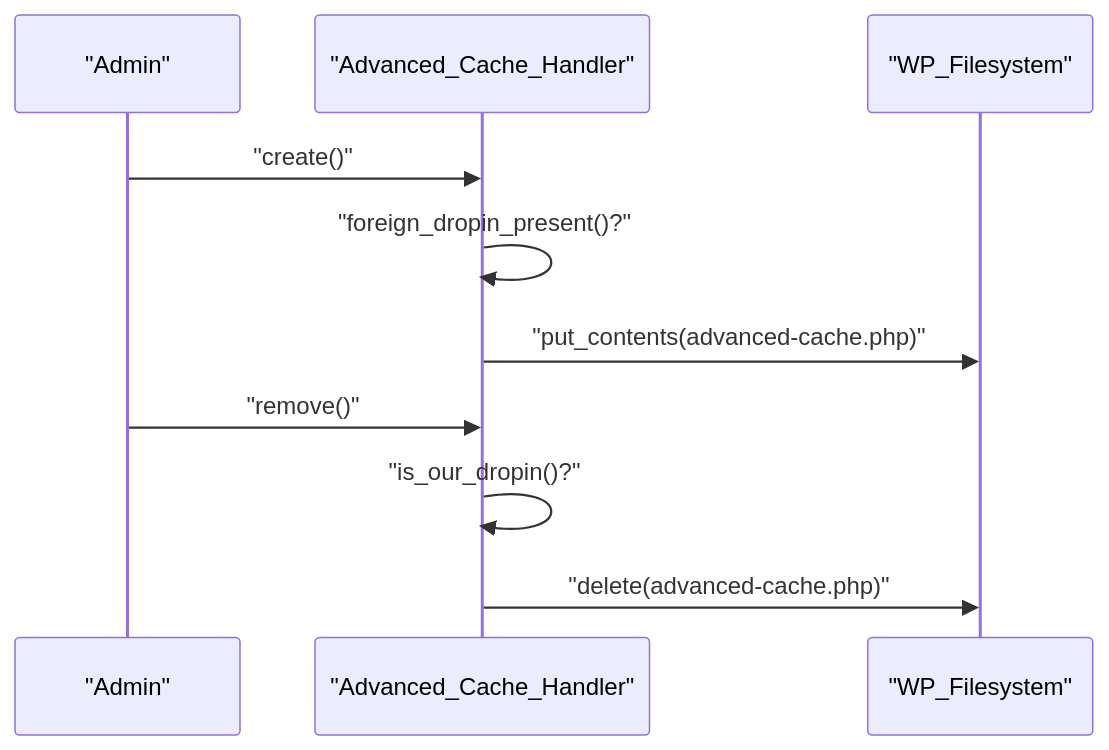
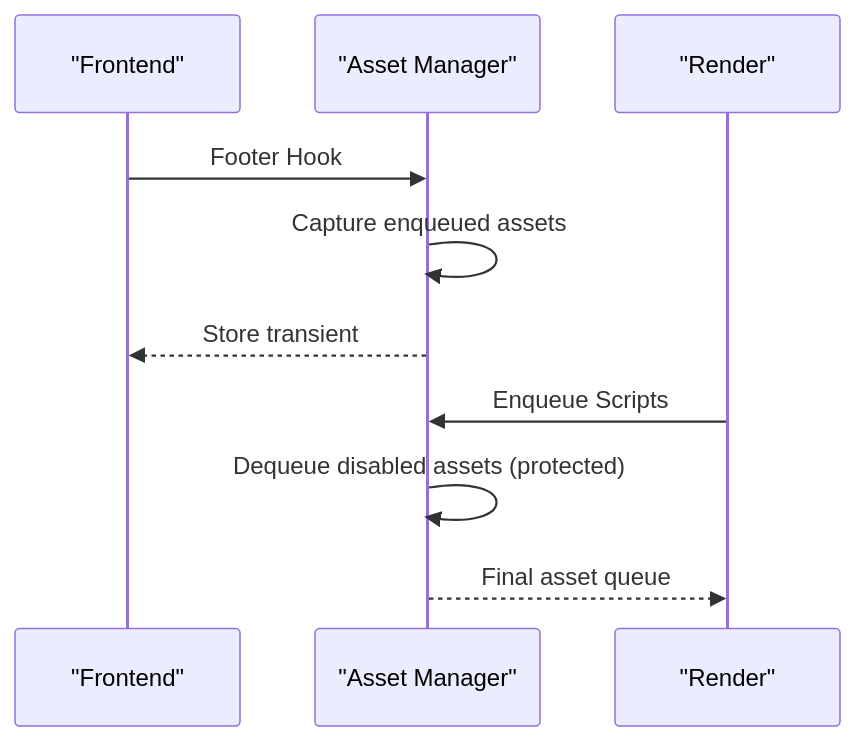
The ninth of 10 diagrams in .qoder/repowiki/en/content/Troubleshooting & Support.md (nilesh32236/performance-optimisation), drawn with Mermaid before and after one commit. The commit also changed other lines of this file and 46 other files, not shown here.

````diff
--- a/.qoder/repowiki/en/content/Troubleshooting & Support.md
+++ b/.qoder/repowiki/en/content/Troubleshooting & Support.md
@@ -467,12 +319,12 @@
 ```mermaid
 sequenceDiagram
-participant Admin as "Admin"
-participant ACH as "Advanced_Cache_Handler"
-participant FS as "WP_Filesystem"
-Admin->>ACH : "create()"
-ACH->>ACH : "foreign_dropin_present()?"
-ACH->>FS : "put_contents(advanced-cache.php)"
-Admin->>ACH : "remove()"
-ACH->>ACH : "is_our_dropin()?"
-ACH->>FS : "delete(advanced-cache.php)"
+participant Frontend as "Frontend"
+participant AM as "Asset Manager"
+Frontend->>AM : Footer Hook
+AM->>AM : Capture enqueued assets
+AM-->>Frontend : Store transient
+participant Render as "Render"
+Render->>AM : Enqueue Scripts
+AM->>AM : Dequeue disabled assets (protected)
+AM-->>Render : Final asset queue
 ```
````
